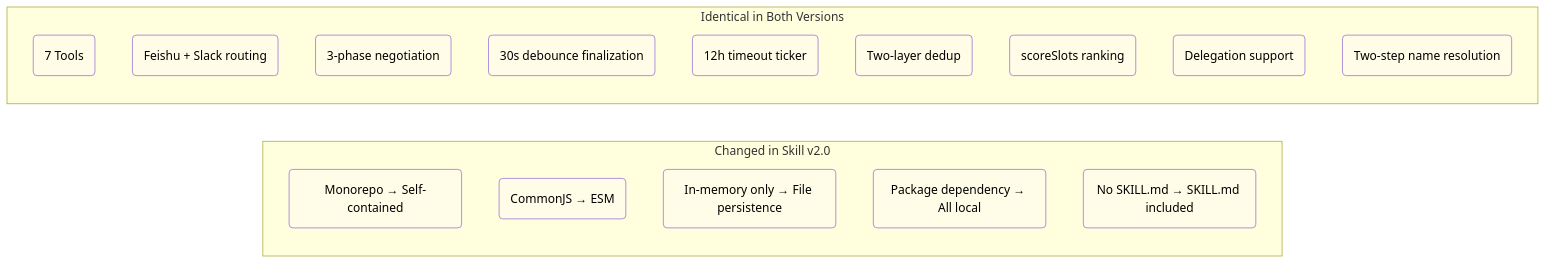
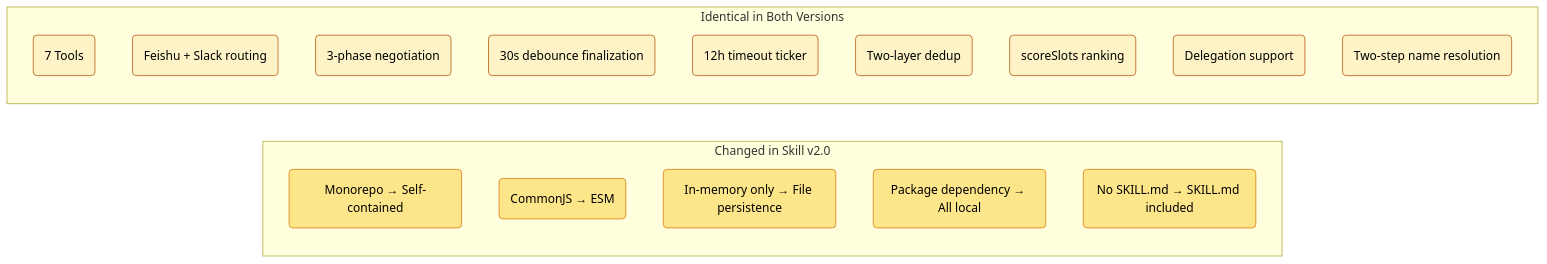
One commit to javana3/claw_meeting_all changed diagram 13 of 13 in README.md. Above: the diagram before and after it, drawn with Mermaid. The commit also changed other lines of this file, not shown here.

Commit message:
Add golden borders and hierarchy to mermaid diagrams

````diff
--- a/README.md
+++ b/README.md
@@ -536,37 +536,37 @@
 ```mermaid
 graph LR
     subgraph "Changed in Skill v2.0"
         D1(Monorepo → Self-contained)
         D2(CommonJS → ESM)
         D3(In-memory only → File persistence)
         D4(Package dependency → All local)
         D5(No SKILL.md → SKILL.md included)
     end
 
     subgraph "Identical in Both Versions"
         S1(7 Tools)
         S2(Feishu + Slack routing)
         S3(3-phase negotiation)
         S4(30s debounce finalization)
         S5(12h timeout ticker)
         S6(Two-layer dedup)
         S7(scoreSlots ranking)
         S8(Delegation support)
         S9(Two-step name resolution)
     end
 
-    style D1 fill:#fffde7,color:#000
-    style D2 fill:#fffde7,color:#000
-    style D3 fill:#fffde7,color:#000
-    style D4 fill:#fffde7,color:#000
-    style D5 fill:#fffde7,color:#000
-    style S1 fill:#fffde7,color:#000
-    style S2 fill:#fffde7,color:#000
-    style S3 fill:#fffde7,color:#000
-    style S4 fill:#fffde7,color:#000
-    style S5 fill:#fffde7,color:#000
-    style S6 fill:#fffde7,color:#000
-    style S7 fill:#fffde7,color:#000
-    style S8 fill:#fffde7,color:#000
-    style S9 fill:#fffde7,color:#000
+    style D1 fill:#fde68a,stroke:#d97706,color:#000
+    style D2 fill:#fde68a,stroke:#d97706,color:#000
+    style D3 fill:#fde68a,stroke:#d97706,color:#000
+    style D4 fill:#fde68a,stroke:#d97706,color:#000
+    style D5 fill:#fde68a,stroke:#d97706,color:#000
+    style S1 fill:#fef3c7,stroke:#b45309,color:#000
+    style S2 fill:#fef3c7,stroke:#b45309,color:#000
+    style S3 fill:#fef3c7,stroke:#b45309,color:#000
+    style S4 fill:#fef3c7,stroke:#b45309,color:#000
+    style S5 fill:#fef3c7,stroke:#b45309,color:#000
+    style S6 fill:#fef3c7,stroke:#b45309,color:#000
+    style S7 fill:#fef3c7,stroke:#b45309,color:#000
+    style S8 fill:#fef3c7,stroke:#b45309,color:#000
+    style S9 fill:#fef3c7,stroke:#b45309,color:#000
 ```
````
